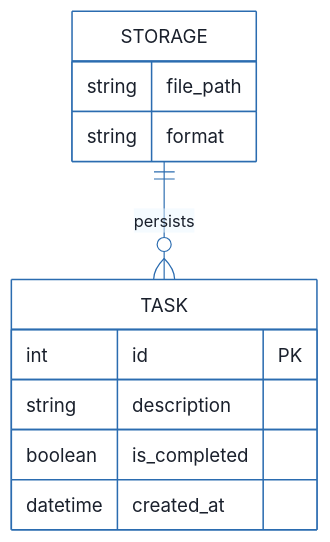
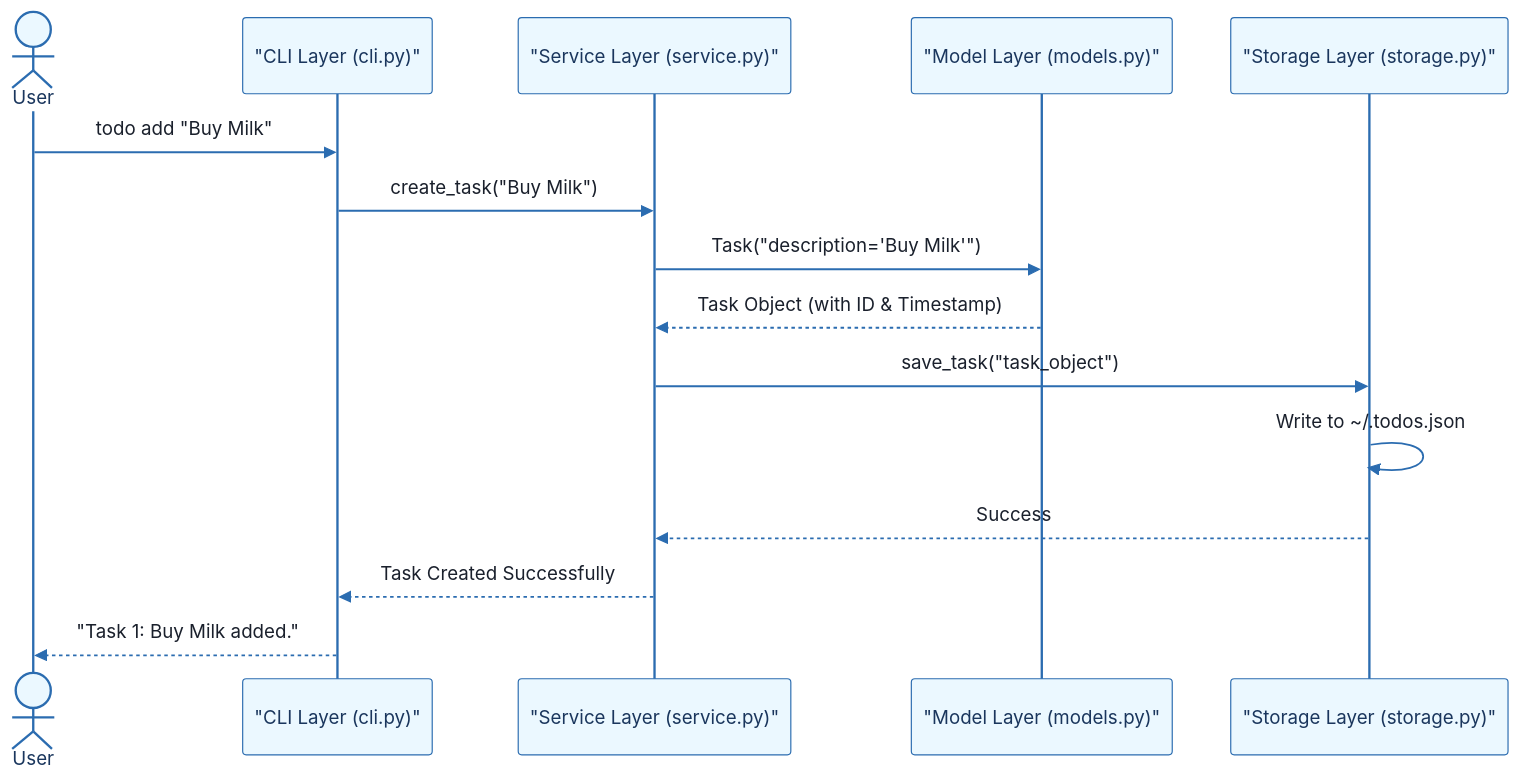
The seventh of 7 diagrams in outputs/001-cli-todo-manager/markdowns/tasks_v2.0_doc.md (abir-ommezzine/extension-github-spec-kit), drawn with Mermaid before and after one commit. The commit also changed other lines of this file and 76 other files, not shown here.

````diff
--- a/outputs/001-cli-todo-manager/markdowns/tasks_v2.0_doc.md
+++ b/outputs/001-cli-todo-manager/markdowns/tasks_v2.0_doc.md
@@ -645,57 +599,60 @@
 ```mermaid
 %%{init: {
   'theme': 'base',
   'themeVariables': {
     'primaryColor': '#1A365D',
     'primaryTextColor': '#1A202C',
     'primaryBorderColor': '#2B6CB0',
     'lineColor': '#2B6CB0',
     'secondaryColor': '#EBF8FF',
     'tertiaryColor': '#EBF8FF',
     'background': '#FFFFFF',
     'mainBkg': '#FFFFFF',
     'secondBkg': '#EBF8FF',
     'tertiaryBkg': '#F7FAFC',
     'secondaryTextColor': '#4A5568',
     'fontSize': '16px',
     'fontFamily': 'Inter, system-ui, sans-serif',
     'nodePadding': '15px',
     'borderRadius': '8px',
     'edgeLabelBackground': '#EBF8FF',
     'clusterBkg': '#F7FAFC',
     'clusterBorder': '#2B6CB0',
     'defaultLinkColor': '#2B6CB0',
     'titleColor': '#1A365D',
     'actorBorder': '#2B6CB0',
     'actorBkg': '#EBF8FF',
     'actorTextColor': '#1A365D',
     'actorLineColor': '#2B6CB0',
     'signalColor': '#2B6CB0',
     'signalTextColor': '#1A202C',
     'labelBoxBorderColor': '#2B6CB0',
     'labelBoxBkgColor': '#EBF8FF',
     'labelTextColor': '#1A202C',
     'loopTextColor': '#1A202C',
     'arrowHeadColor': '#2B6CB0',
     'sequenceNumberColor': '#1A365D',
     'sequenceActorBorder': '#2B6CB0',
     'sequenceActorBkg': '#EBF8FF',
     'sequenceArrowColor': '#2B6CB0',
     'noteBkgColor': '#FFF5EB',
     'noteBorderColor': '#DD6B20',
     'noteTextColor': '#1A202C'
   }
 }}%%
-erDiagram
-    TASK {
-        int id PK
-        string description
-        boolean is_completed
-        datetime created_at
-    }
-    STORAGE {
-        string file_path
-        string format
-    }
-    STORAGE ||--o{ TASK : "persists"
+sequenceDiagram
+    actor User
+    participant CLI as "CLI Layer (cli.py)"
+    participant SVC as "Service Layer (service.py)"
+    participant MDL as "Model Layer (models.py)"
+    participant STR as "Storage Layer (storage.py)"
+    User->>CLI: todo add "Buy Milk"
+    CLI->>SVC: create_task("Buy Milk")
+    SVC->>MDL: Task("description='Buy Milk'")
+    MDL-->>SVC: Task Object (with ID & Timestamp)
+    SVC->>STR: save_task("task_object")
+    STR->>STR: Write to ~/.todos.json
+    STR-->>SVC: Success
+    SVC-->>CLI: Task Created Successfully
+    CLI-->>User: "Task 1: Buy Milk added."
 ```
````
